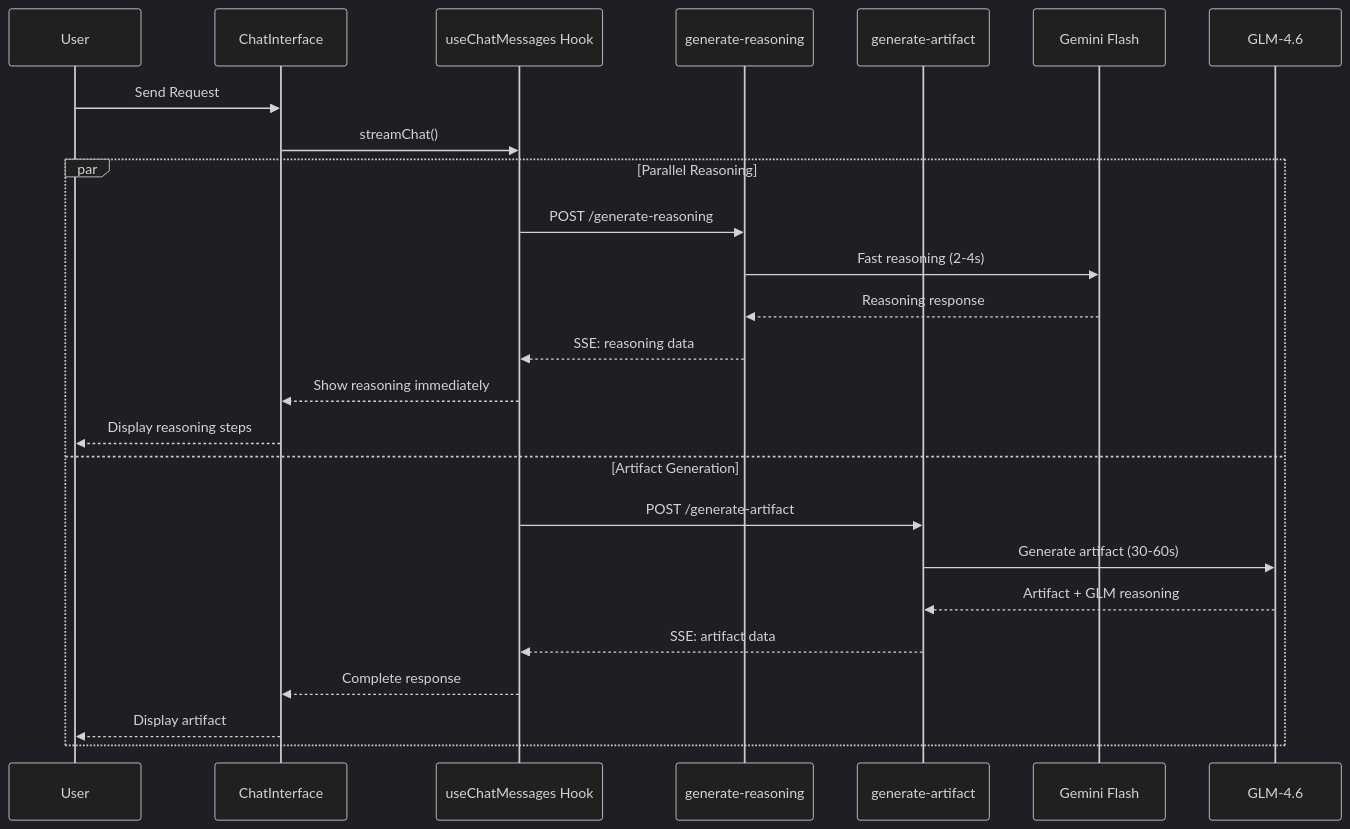
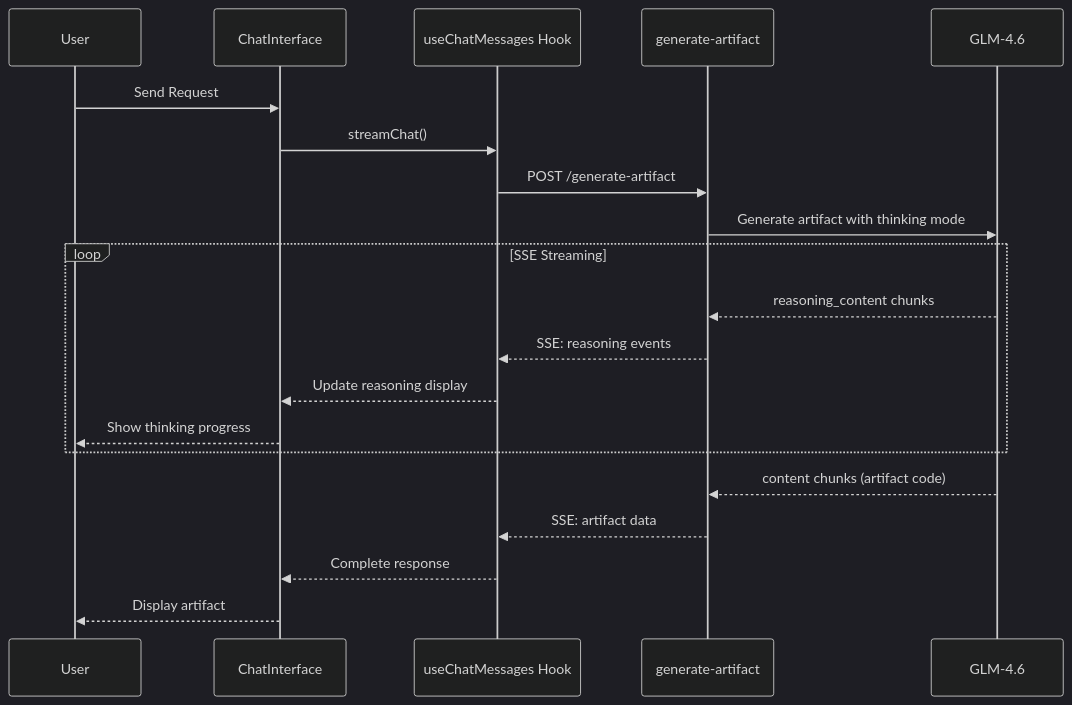
One commit to NickB03/vana changed the third of 3 diagrams in docs/CHAIN_OF_THOUGHT.md. Above: the diagram before and after it, drawn with Mermaid (dark theme). The commit also changed other lines of this file and 19 other files, not shown here.

````diff
--- a/docs/CHAIN_OF_THOUGHT.md
+++ b/docs/CHAIN_OF_THOUGHT.md
@@ -260,29 +255,25 @@
 ```mermaid
 sequenceDiagram
     participant U as User
     participant C as ChatInterface
     participant H as useChatMessages Hook
-    participant ER as generate-reasoning
     participant EA as generate-artifact
-    participant GF as Gemini Flash
     participant GLM as GLM-4.6
 
     U->>C: Send Request
     C->>H: streamChat()
+    H->>EA: POST /generate-artifact
+    EA->>GLM: Generate artifact with thinking mode
 
-    par Parallel Reasoning
-        H->>ER: POST /generate-reasoning
-        ER->>GF: Fast reasoning (2-4s)
-        GF-->>ER: Reasoning response
-        ER-->>H: SSE: reasoning data
-        H-->>C: Show reasoning immediately
-        C-->>U: Display reasoning steps
-    and Artifact Generation
-        H->>EA: POST /generate-artifact
-        EA->>GLM: Generate artifact (30-60s)
-        GLM-->>EA: Artifact + GLM reasoning
-        EA-->>H: SSE: artifact data
-        H-->>C: Complete response
-        C-->>U: Display artifact
+    loop SSE Streaming
+        GLM-->>EA: reasoning_content chunks
+        EA-->>H: SSE: reasoning events
+        H-->>C: Update reasoning display
+        C-->>U: Show thinking progress
     end
+
+    GLM-->>EA: content chunks (artifact code)
+    EA-->>H: SSE: artifact data
+    H-->>C: Complete response
+    C-->>U: Display artifact
 ```
````
